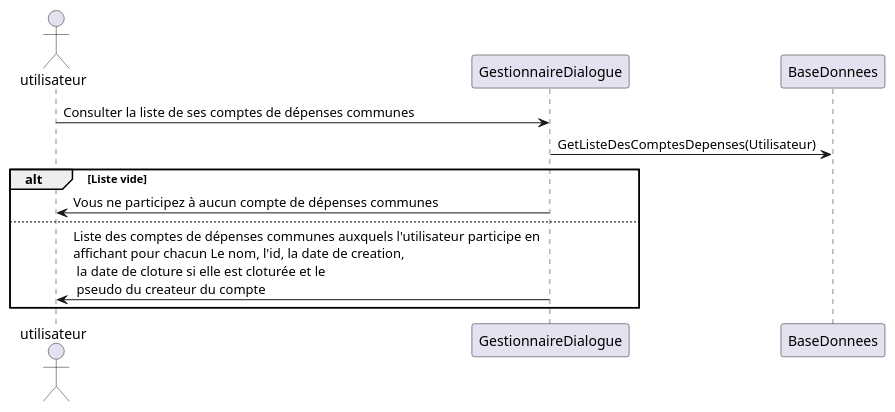
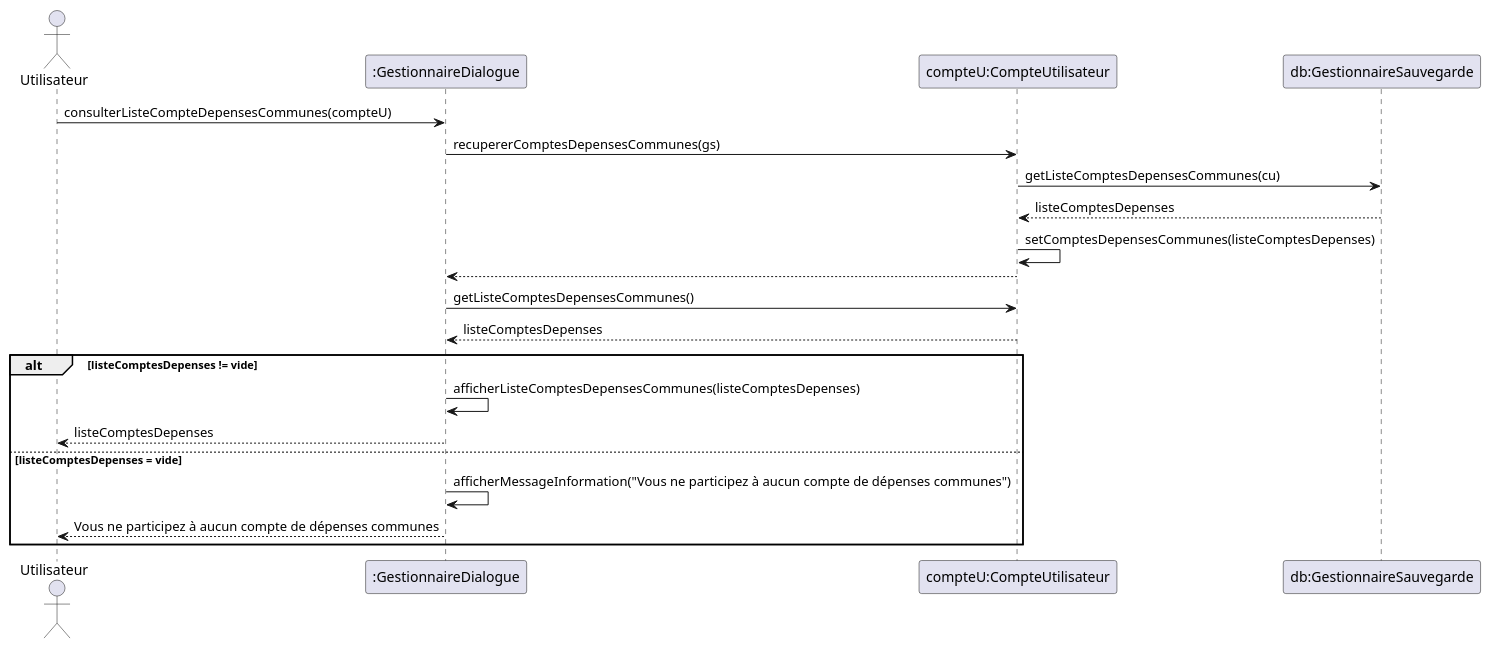
Before and after one commit to lmtb06/sharecount: the diagram in diagrammes/conception/consulter-liste-compte-depenses.puml, drawn with PlantUML. The commit also changed 6 other files, not shown here.

Commit message:
-Mise à jour du diagramme de classe de conception -Mise à jour du diagramme de séquence de conception de consulter-liste-compte-depenses

```diff
--- a/diagrammes/conception/consulter-liste-compte-depenses.puml
+++ b/diagrammes/conception/consulter-liste-compte-depenses.puml
@@ -1,17 +1,23 @@
 @startuml  Consulter la liste de ses comptes de dépenses communes
 
-actor utilisateur as user
-participant GestionnaireDialogue as gd
-participant BaseDonnees as bd
+actor "Utilisateur" as us
+participant ":GestionnaireDialogue" as gd
+participant "compteU:CompteUtilisateur" as cu
+participant "db:GestionnaireSauvegarde" as gs
 
-user -> gd 	: Consulter la liste de ses comptes de dépenses communes
-gd -> bd 	: GetListeDesComptesDepenses(Utilisateur)
-
-alt Liste vide
-gd -> user  : Vous ne participez à aucun compte de dépenses communes
-else
-gd -> user  : Liste des comptes de dépenses communes auxquels l'utilisateur participe en \naffichant pour chacun Le nom, l'id, la date de creation,\n la date de cloture si elle est cloturée et le\n pseudo du createur du compte
-
+us 	-> 	gd 	: consulterListeCompteDepensesCommunes(compteU)
+gd 	-> 	cu 	: recupererComptesDepensesCommunes(gs)
+cu 	->	gs 	: getListeComptesDepensesCommunes(cu)
+gs 	--> cu 	: listeComptesDepenses
+cu 	-> 	cu 	: setComptesDepensesCommunes(listeComptesDepenses)
+cu 	--> gd 	:
+gd 	-> 	cu 	: getListeComptesDepensesCommunes()
+cu 	--> gd 	: listeComptesDepenses
+alt listeComptesDepenses != vide
+gd 	->	gd 	: afficherListeComptesDepensesCommunes(listeComptesDepenses)
+gd 	-->	us 	: listeComptesDepenses
+else listeComptesDepenses = vide
+gd 	-> 	gd  : afficherMessageInformation("Vous ne participez à aucun compte de dépenses communes")
+gd 	-->	us 	:Vous ne participez à aucun compte de dépenses communes
 end
-
 @enduml
```
